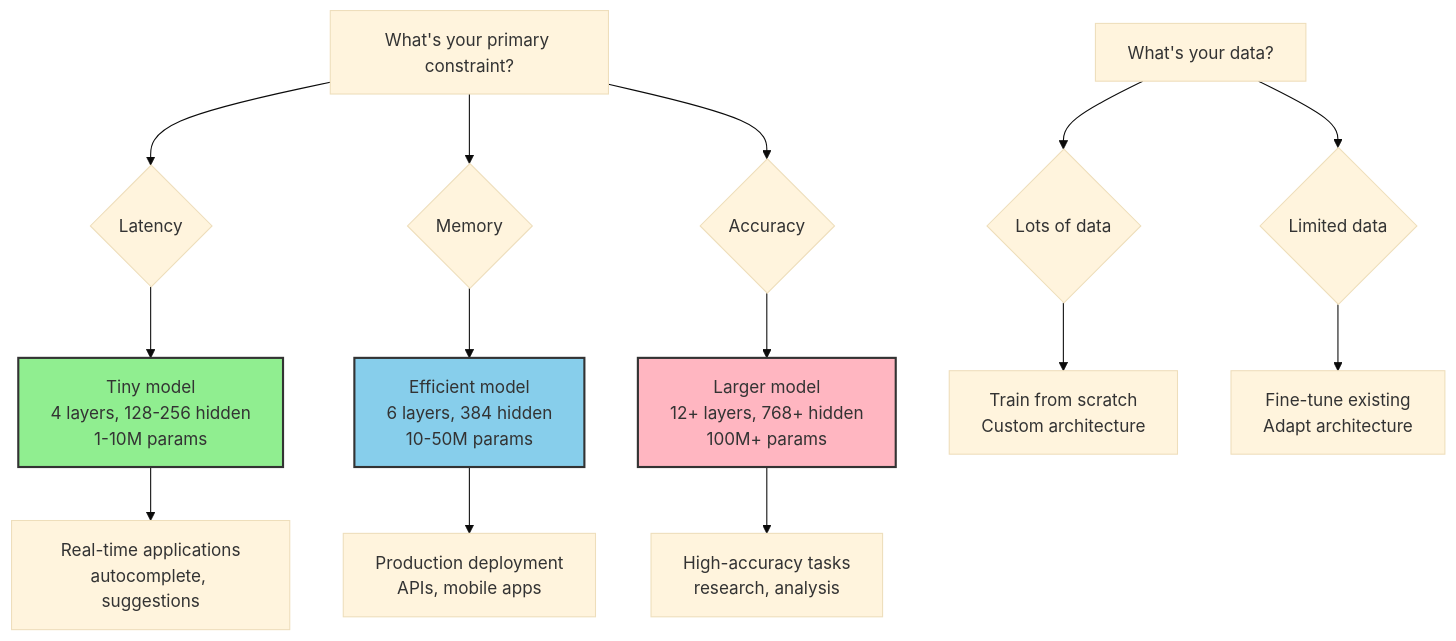
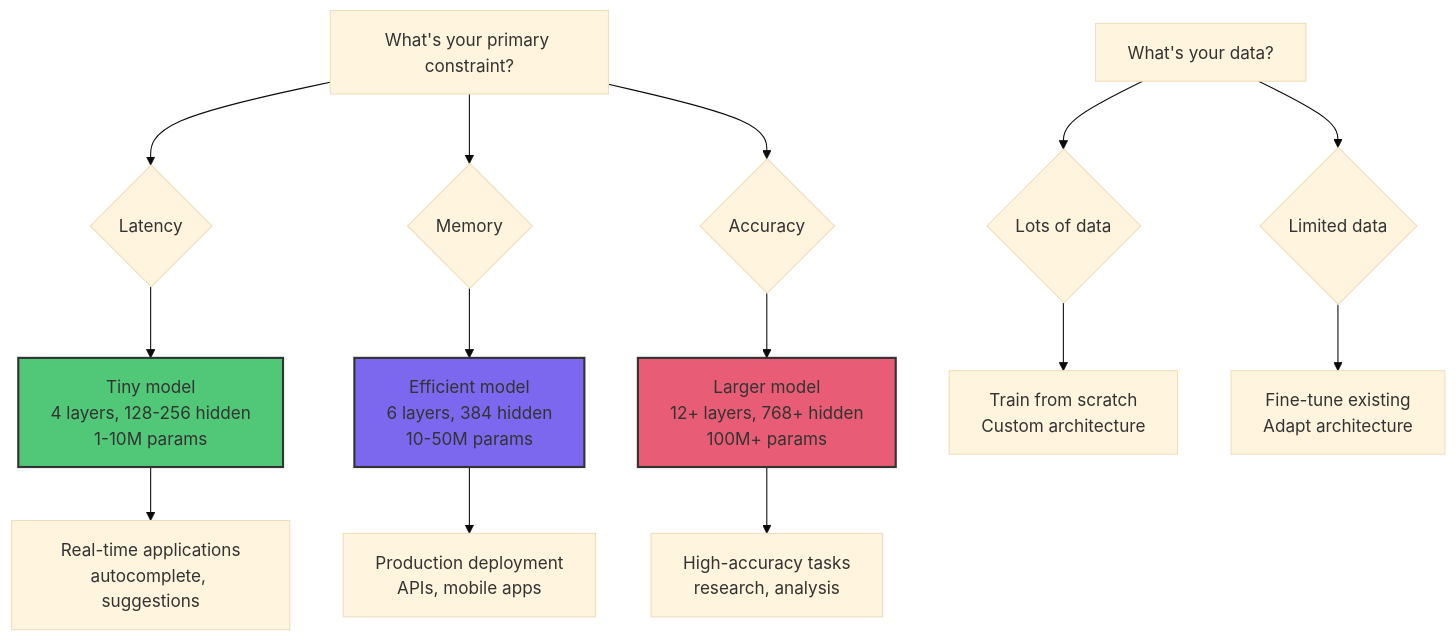
Before and after one commit to tenstorrent/tt-vscode-toolkit: diagram 13 of 13 in content/lessons/ct7-architecture-basics.md, drawn with Mermaid (base theme). The commit also changed other lines of this file and 9 other files, not shown here.

````diff
--- a/content/lessons/ct7-architecture-basics.md
+++ b/content/lessons/ct7-architecture-basics.md
@@ -988,24 +988,24 @@
 ```mermaid
 graph TD
     A[What's your primary constraint?] --> B{Latency}
     A --> C{Memory}
     A --> D{Accuracy}
 
     B --> E[Tiny model<br/>4 layers, 128-256 hidden<br/>1-10M params]
     C --> F[Efficient model<br/>6 layers, 384 hidden<br/>10-50M params]
     D --> G[Larger model<br/>12+ layers, 768+ hidden<br/>100M+ params]
 
     E --> H[Real-time applications<br/>autocomplete, suggestions]
     F --> I[Production deployment<br/>APIs, mobile apps]
     G --> J[High-accuracy tasks<br/>research, analysis]
 
     K[What's your data?] --> L{Lots of data}
     K --> M{Limited data}
 
     L --> N[Train from scratch<br/>Custom architecture]
     M --> O[Fine-tune existing<br/>Adapt architecture]
 
-    style E fill:#90EE90,stroke:#333,stroke-width:2px
-    style F fill:#87CEEB,stroke:#333,stroke-width:2px
-    style G fill:#FFB6C1,stroke:#333,stroke-width:2px
+    style E fill:#50C878,stroke:#333,stroke-width:2px
+    style F fill:#7B68EE,stroke:#333,stroke-width:2px
+    style G fill:#E85D75,stroke:#333,stroke-width:2px
 ```
````
